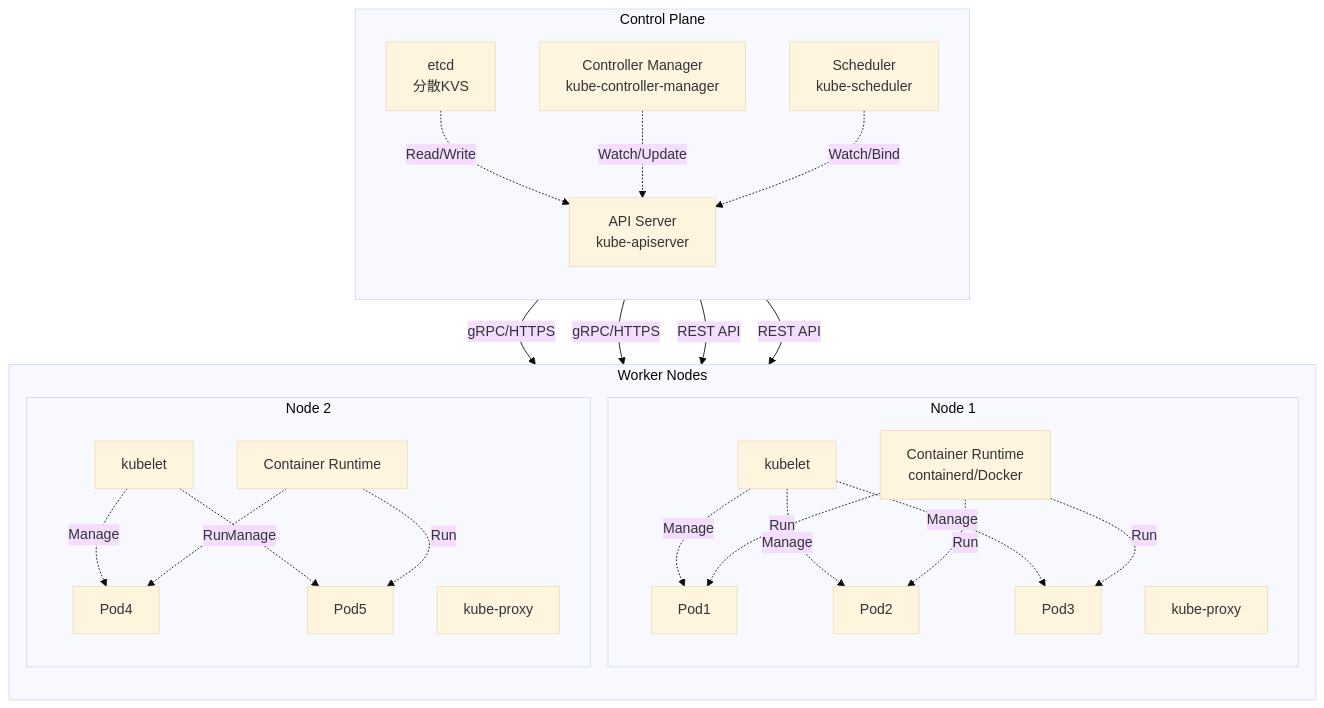
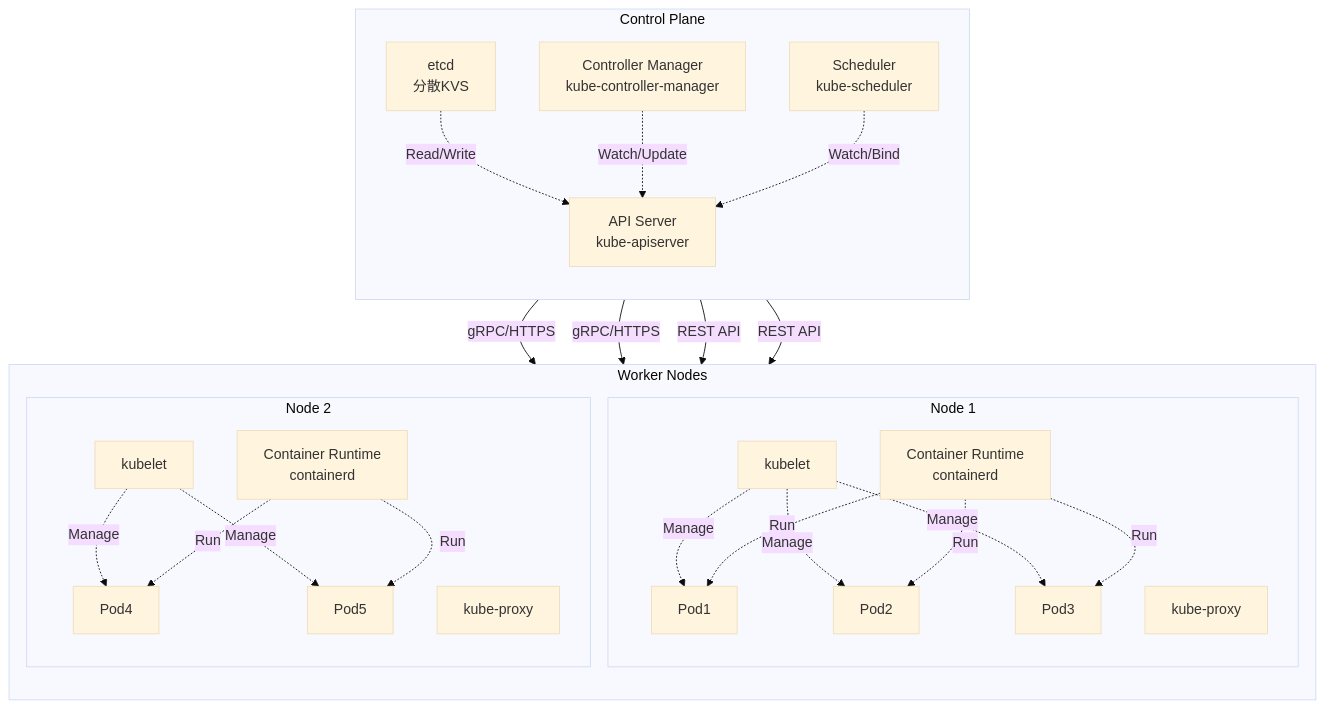
The first of 4 diagrams in books/1ba5b5269685d3/02_architecture.md (schnell3526/zenn-contents), drawn with Mermaid (base theme) before and after one commit. The commit also changed other lines of this file and 4 other files, not shown here.

````diff
--- a/books/1ba5b5269685d3/02_architecture.md
+++ b/books/1ba5b5269685d3/02_architecture.md
@@ -11,51 +17,51 @@
 ```mermaid
 graph TB
     subgraph CP ["Control Plane"]
         direction TB
         API[API Server<br/>kube-apiserver]
         ETCD[etcd<br/>分散KVS]
         CM[Controller Manager<br/>kube-controller-manager]
         SCHED[Scheduler<br/>kube-scheduler]
 
         ETCD -.->|Read/Write| API
         CM -.->|Watch/Update| API
         SCHED -.->|Watch/Bind| API
     end
 
     subgraph WN ["Worker Nodes"]
         direction TB
         subgraph N1 ["Node 1"]
             KUBELET1[kubelet]
             PROXY1[kube-proxy]
-            CRI1[Container Runtime<br/>containerd/Docker]
+            CRI1[Container Runtime<br/>containerd]
             POD1[Pod1]
             POD2[Pod2]
             POD3[Pod3]
 
             KUBELET1 -.->|Manage| POD1
             KUBELET1 -.->|Manage| POD2
             KUBELET1 -.->|Manage| POD3
             CRI1 -.->|Run| POD1
             CRI1 -.->|Run| POD2
             CRI1 -.->|Run| POD3
         end
 
         subgraph N2 ["Node 2"]
             KUBELET2[kubelet]
             PROXY2[kube-proxy]
-            CRI2[Container Runtime]
+            CRI2[Container Runtime<br/>containerd]
             POD4[Pod4]
             POD5[Pod5]
 
             KUBELET2 -.->|Manage| POD4
             KUBELET2 -.->|Manage| POD5
             CRI2 -.->|Run| POD4
             CRI2 -.->|Run| POD5
         end
     end
 
     API -->|gRPC/HTTPS| KUBELET1
     API -->|gRPC/HTTPS| KUBELET2
     API -->|REST API| PROXY1
     API -->|REST API| PROXY2
 ```
````
